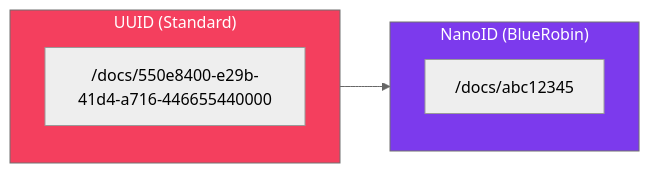
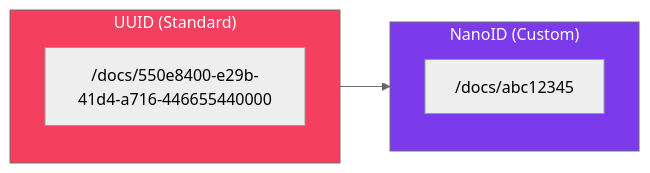
Before and after one commit to viktorrobin/bluerobin-blog: the second of 2 diagrams in src/content/blog/better-ids-switching-uuid-to-nanoid.mdx, drawn with Mermaid (neutral theme). The commit also changed other lines of this file and 111 other files, not shown here.

````diff
--- a/src/content/blog/better-ids-switching-uuid-to-nanoid.mdx
+++ b/src/content/blog/better-ids-switching-uuid-to-nanoid.mdx
@@ -90,20 +90,20 @@
 ```mermaid
 flowchart LR
     subgraph UUID ["UUID (Standard)"]
         U["/docs/550e8400-e29b-41d4-a716-446655440000"]
     end
 
-    subgraph NanoID ["NanoID (BlueRobin)"]
+    subgraph NanoID ["NanoID (Custom)"]
         N["/docs/abc12345"]
     end
 
     UUID --> NanoID
 
     classDef primary fill:#7c3aed,color:#fff
     classDef secondary fill:#06b6d4,color:#fff
     classDef db fill:#f43f5e,color:#fff
     classDef warning fill:#fbbf24,color:#000
 
     class UUID db
     class NanoID primary
 ```
````
